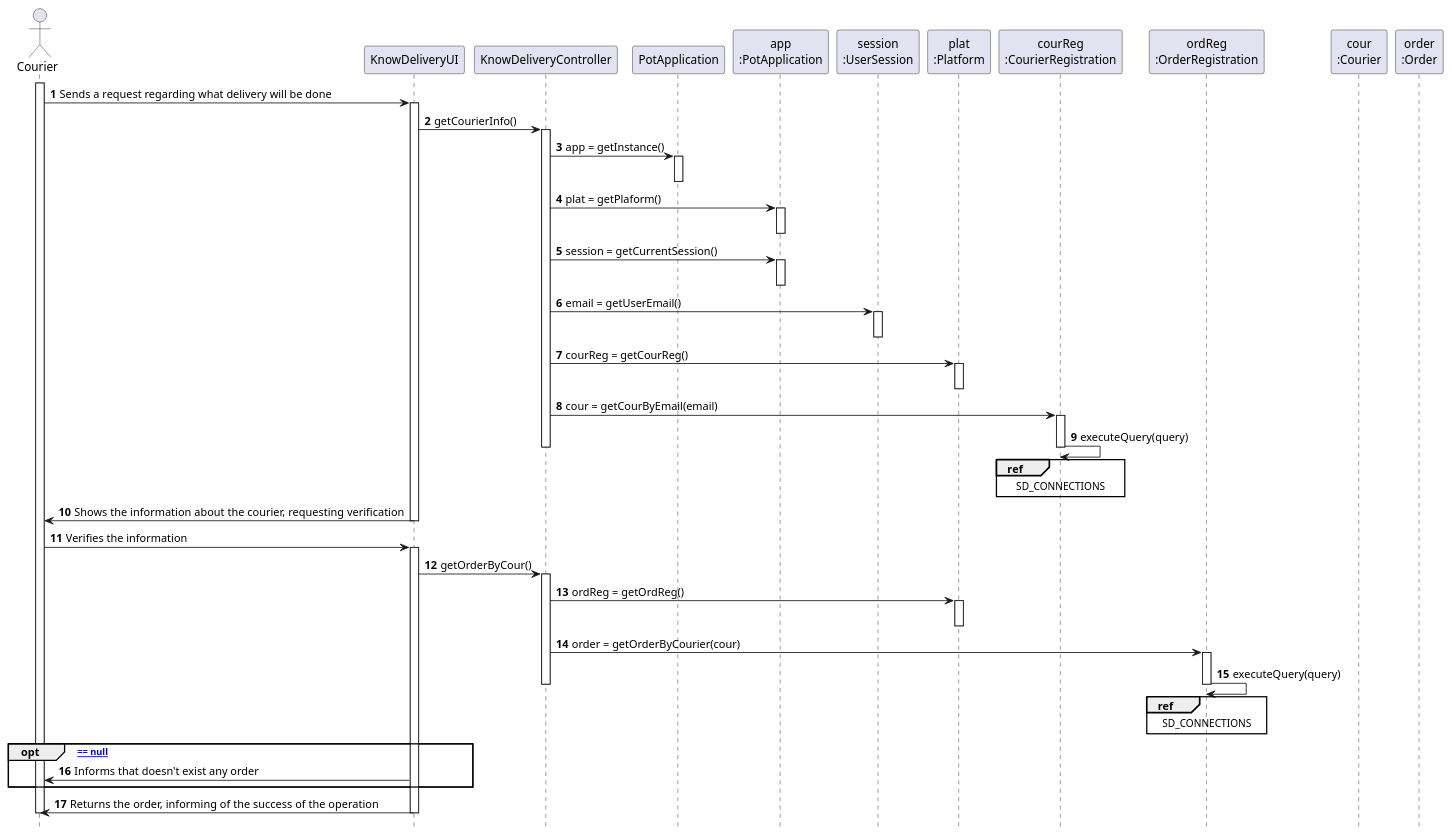
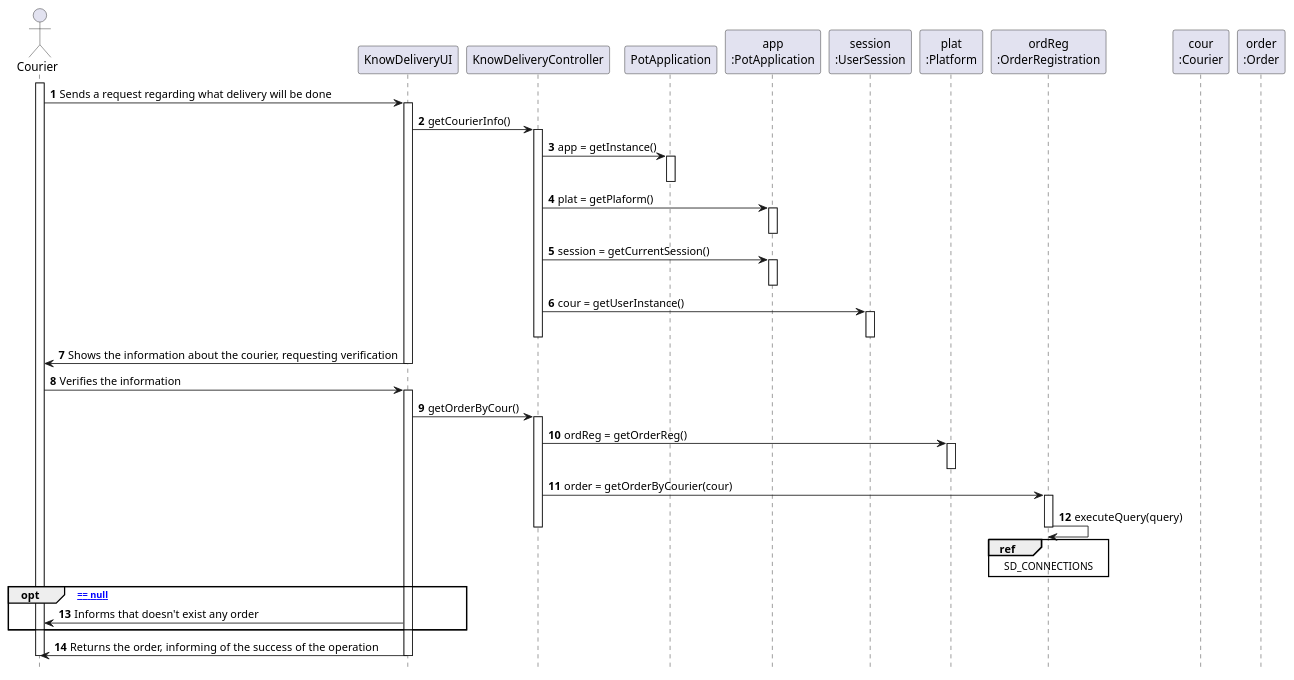
Before and after one commit to tiagoavcosta25/LAPR3: the diagram in docs/Iteration 1/Delivery Management/US48_KnowDelivery/US48_SD.puml, drawn with PlantUML. The commit also changed 9 other files, not shown here.

```diff
--- a/docs/Iteration 1/Delivery Management/US48_KnowDelivery/US48_SD.puml
+++ b/docs/Iteration 1/Delivery Management/US48_KnowDelivery/US48_SD.puml
@@ -1,70 +1,61 @@
 @startuml
 autonumber
 hide footbox
 
 actor "Courier" as COUR
 
 participant "KnowDeliveryUI" as UI
 participant "KnowDeliveryController" as CTRL
 participant "PotApplication" as _APP
 participant "app\n:PotApplication" as APP
 participant "session\n:UserSession" as SESSION
 participant "plat\n:Platform" as PLAT
-participant "courReg\n:CourierRegistration" as COURREG
 participant "ordReg\n:OrderRegistration" as ORDREG
 participant "cour\n:Courier" as C
 participant "order\n:Order" as O
 
 activate COUR
 
 COUR -> UI : Sends a request regarding what delivery will be done
 activate UI
 UI -> CTRL : getCourierInfo()
 activate CTRL
 CTRL -> _APP: app = getInstance()
 activate _APP
 deactivate _APP
 
 CTRL -> APP: plat = getPlaform()
 activate APP
 deactivate APP
 
 CTRL -> APP: session = getCurrentSession()
 activate APP
 deactivate APP
 
-CTRL -> SESSION: email = getUserEmail()
+CTRL -> SESSION: cour = getUserInstance()
 activate SESSION
 deactivate SESSION
-CTRL -> PLAT : courReg = getCourReg()
-activate PLAT
-deactivate PLAT
-CTRL -> COURREG : cour = getCourByEmail(email)
-activate COURREG
-COURREG -> COURREG : executeQuery(query)
-ref over COURREG : SD_CONNECTIONS
-deactivate COURREG
 deactivate CTRL
 UI -> COUR : Shows the information about the courier, requesting verification
 deactivate UI
 COUR -> UI : Verifies the information
 activate UI
 UI -> CTRL : getOrderByCour()
 activate CTRL
-CTRL -> PLAT : ordReg = getOrdReg()
+CTRL -> PLAT : ordReg = getOrderReg()
 activate PLAT
 deactivate PLAT
 CTRL -> ORDREG : order = getOrderByCourier(cour)
 activate ORDREG
 ORDREG -> ORDREG : executeQuery(query)
 ref over ORDREG : SD_CONNECTIONS
 deactivate ORDREG
 deactivate CTRL
 opt [ order == null]
 UI -> COUR : Informs that doesn't exist any order
 end opt
 UI -> COUR : Returns the order, informing of the success of the operation
 deactivate UI
 deactivate COUR
 
 @enduml
```
